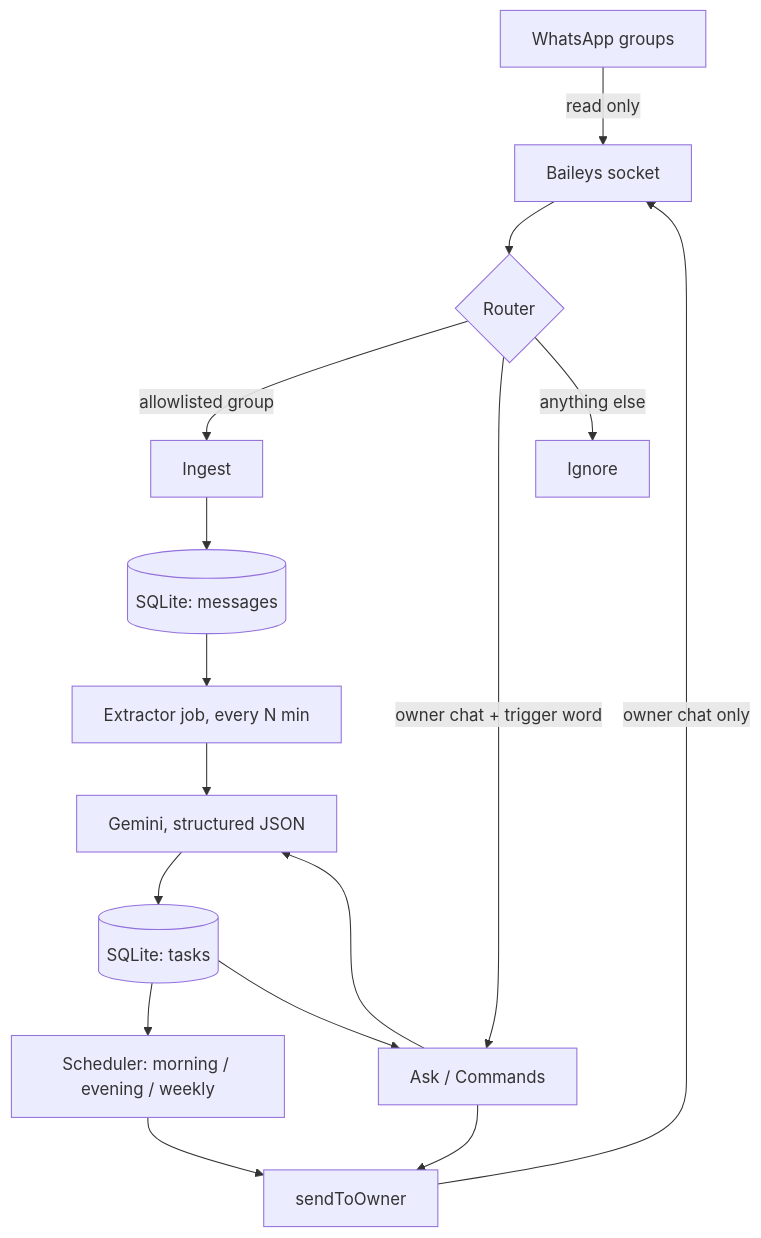
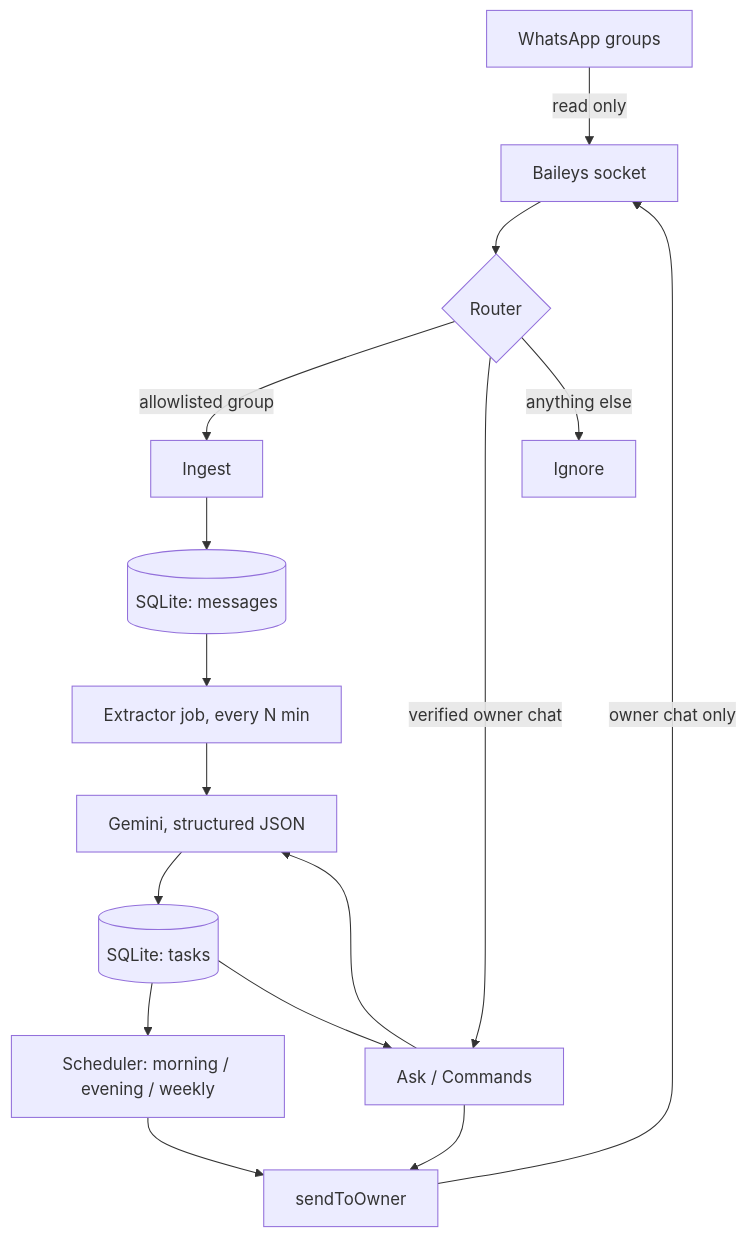
The diagram in ARCHITECTURE.md (Coding-Moves/maya-assistant), drawn with Mermaid before and after one commit. The commit also changed other lines of this file and 7 other files, not shown here.

````diff
--- a/ARCHITECTURE.md
+++ b/ARCHITECTURE.md
@@ -14,18 +14,18 @@
 ```mermaid
 flowchart TD
     G[WhatsApp groups] -->|read only| W[Baileys socket]
     W --> R{Router}
     R -->|allowlisted group| I[Ingest]
-    R -->|owner chat + trigger word| Q[Ask / Commands]
+    R -->|verified owner chat| Q[Ask / Commands]
     R -->|anything else| X[Ignore]
     I --> DB[(SQLite: messages)]
     DB --> E[Extractor job, every N min]
     E --> AI[Gemini, structured JSON]
     AI --> T[(SQLite: tasks)]
     T --> S[Scheduler: morning / evening / weekly]
     T --> Q
     Q --> AI
     S --> O[sendToOwner]
     Q --> O
     O -->|owner chat only| W
 ```
````
